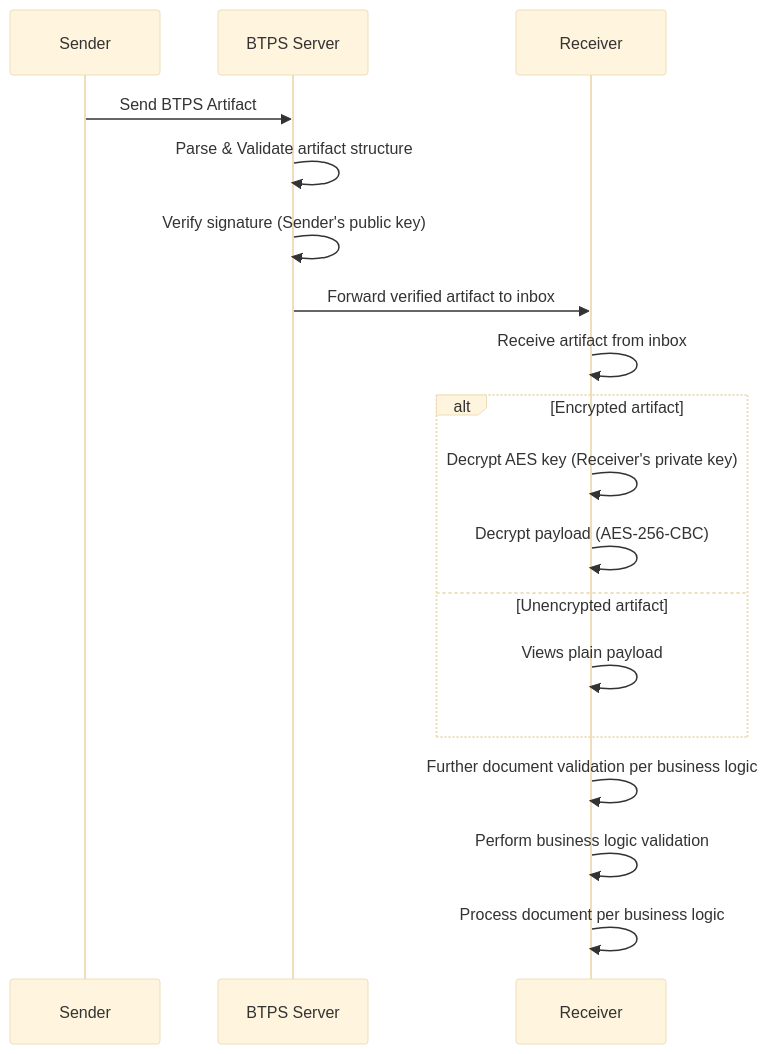
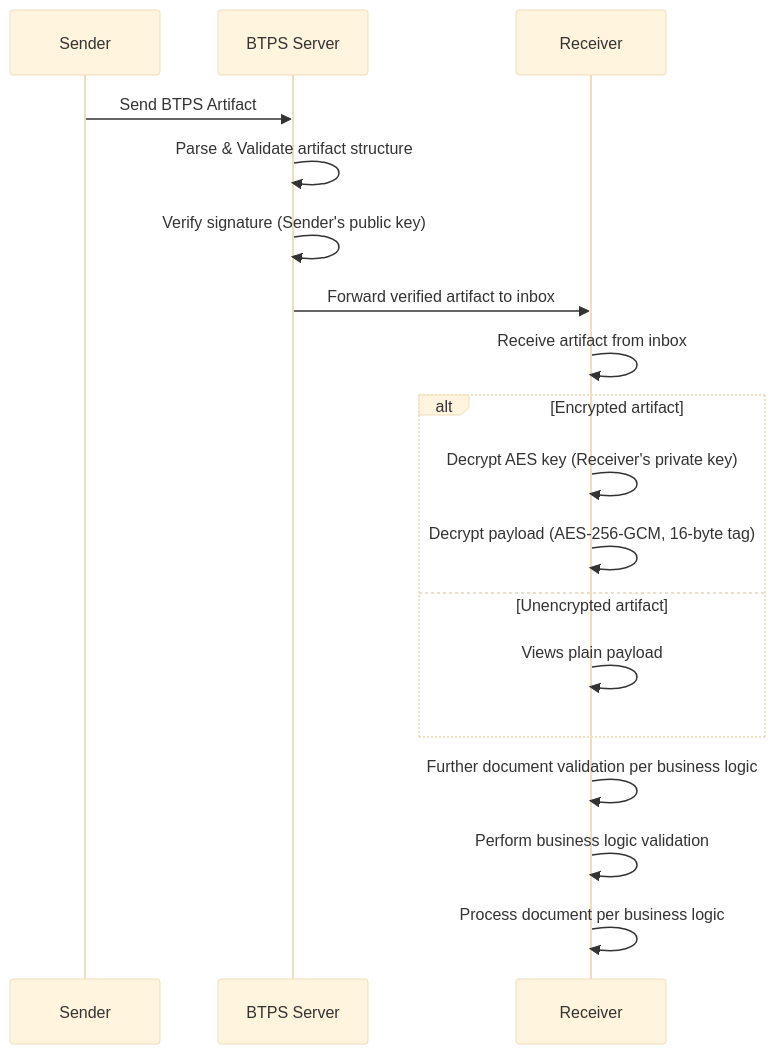
One commit to openbtps/btps-node changed the diagram in docs/docusaurus/docs/protocol/security/decryption.md. Above: the diagram before and after it, drawn with Mermaid (base theme). The commit also changed other lines of this file and 40 other files, not shown here.

First line of the commit message:
EBA-123: the docs describe BTPS 1.1: RSA-2048, AES-256-GCM, the 1.1 shapes, real subpaths

````diff
--- a/docs/docusaurus/docs/protocol/security/decryption.md
+++ b/docs/docusaurus/docs/protocol/security/decryption.md
@@ -76,22 +76,22 @@
 ```mermaid
 sequenceDiagram
     participant Sender
     participant BTPS Server
     participant Receiver
 
     Sender->>BTPS Server: Send BTPS Artifact
     BTPS Server->>BTPS Server: Parse & Validate artifact structure
     BTPS Server->>BTPS Server: Verify signature (Sender's public key)
     BTPS Server->>Receiver: Forward verified artifact to inbox
 
     Receiver->>Receiver: Receive artifact from inbox
     alt Encrypted artifact
         Receiver->>Receiver: Decrypt AES key (Receiver's private key)
-        Receiver->>Receiver: Decrypt payload (AES-256-CBC)
+        Receiver->>Receiver: Decrypt payload (AES-256-GCM, 16-byte tag)
     else Unencrypted artifact
         Receiver->>Receiver: Views plain payload
     end
     Receiver->>Receiver: Further document validation per business logic
     Receiver->>Receiver: Perform business logic validation
     Receiver->>Receiver: Process document per business logic
 ```
````
